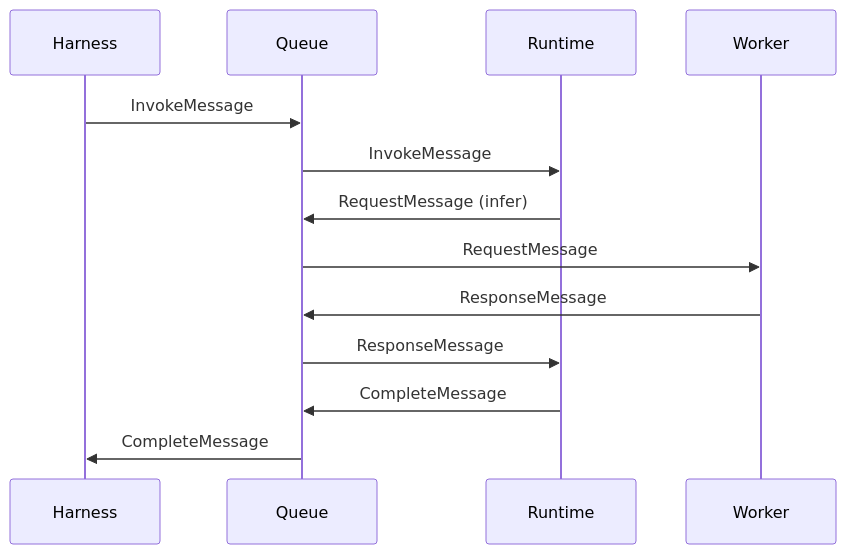
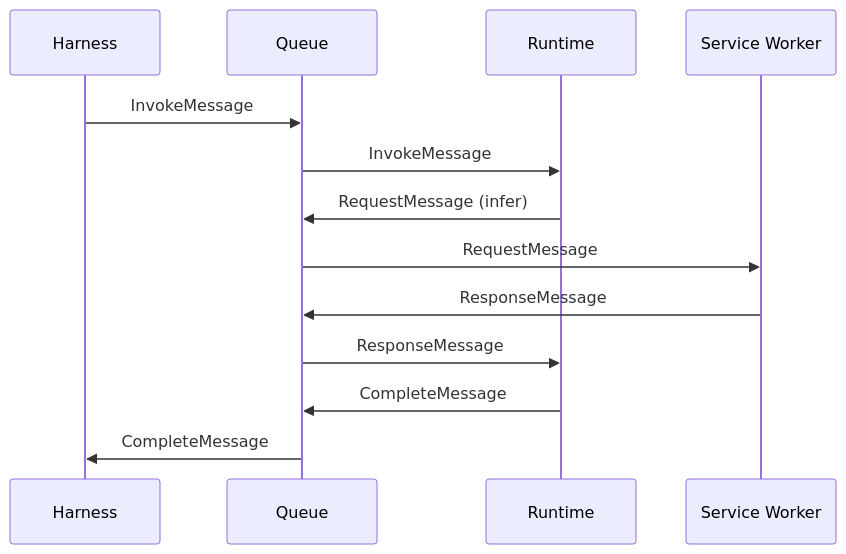
Before and after one commit to vlindercli/public-docs: the first of 3 diagrams in docs/content/explanation/queue-system.md, drawn with Mermaid. The commit also changed other lines of this file, not shown here.

````diff
--- a/docs/content/explanation/queue-system.md
+++ b/docs/content/explanation/queue-system.md
@@ -21,16 +31,16 @@
 ```mermaid
 sequenceDiagram
     participant H as Harness
     participant Q as Queue
     participant R as Runtime
-    participant W as Worker
+    participant S as Service Worker
 
     H->>Q: InvokeMessage
     Q->>R: InvokeMessage
     R->>Q: RequestMessage (infer)
-    Q->>W: RequestMessage
-    W->>Q: ResponseMessage
+    Q->>S: RequestMessage
+    S->>Q: ResponseMessage
     Q->>R: ResponseMessage
     R->>Q: CompleteMessage
     Q->>H: CompleteMessage
 ```
````
